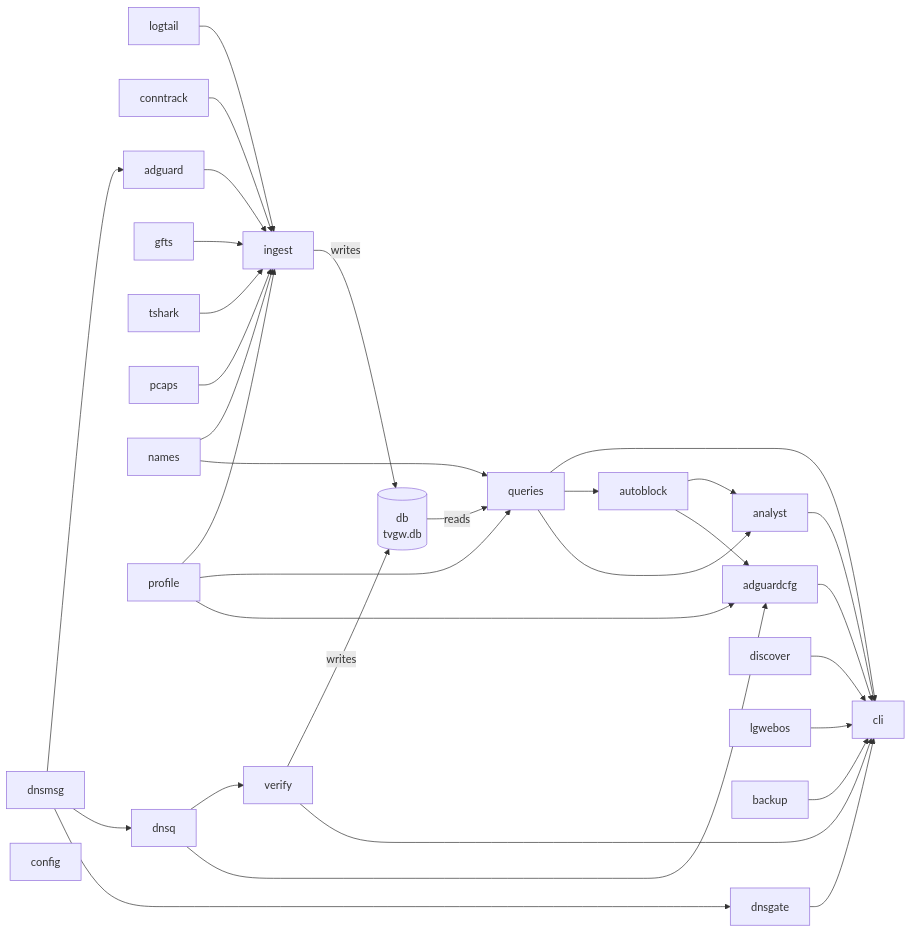
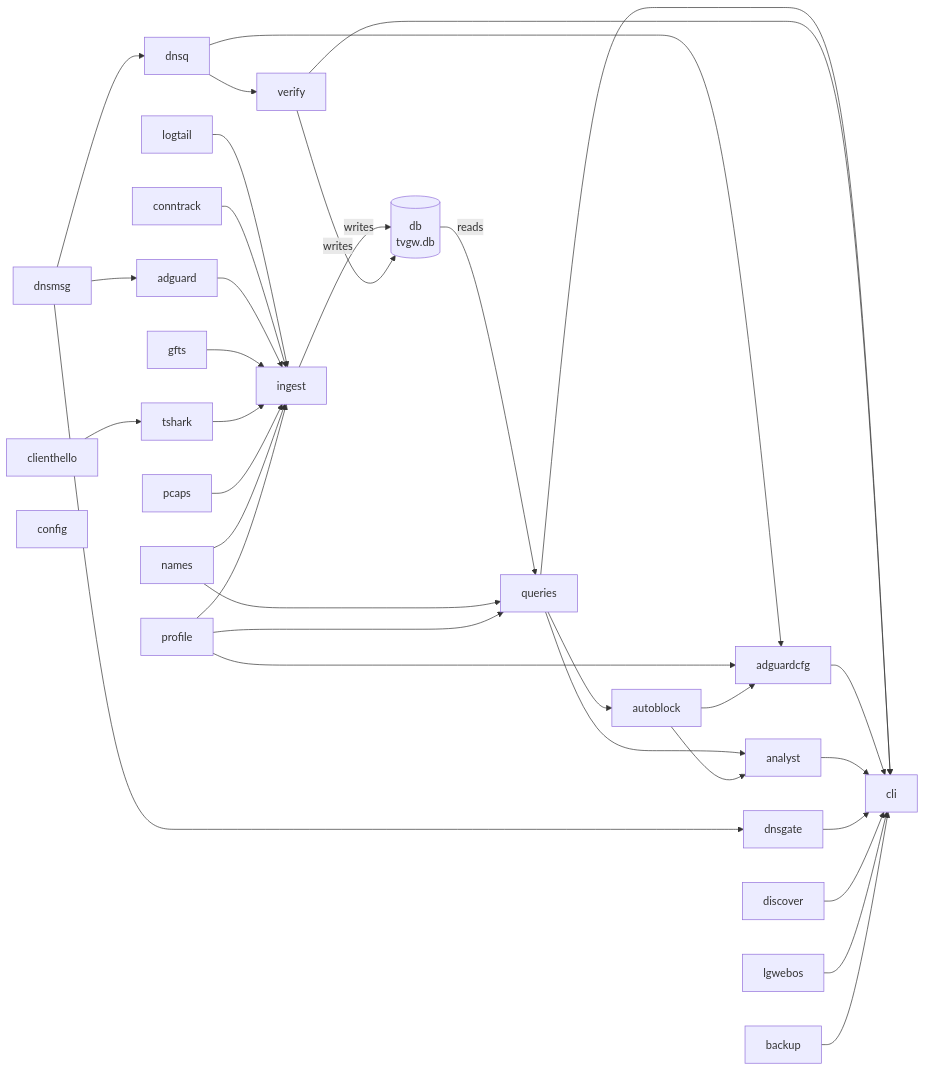
One commit to kywwilson11/tvgw changed the diagram in src/tvgw/README.md. Above: the diagram before and after it, drawn with Mermaid. The commit also changed other lines of this file and 17 other files, not shown here.

````diff
--- a/src/tvgw/README.md
+++ b/src/tvgw/README.md
@@ -41,35 +42,36 @@
 ```mermaid
 flowchart LR
     logtail[logtail] --> ingest[ingest]
     conntrack[conntrack] --> ingest
     dnsmsg[dnsmsg] --> adguard[adguard]
     adguard --> ingest
     gfts[gfts] --> ingest
-    tshark[tshark] --> ingest
+    clienthello[clienthello] --> tshark[tshark]
+    tshark --> ingest
     pcaps[pcaps] --> ingest
     names[names] --> ingest
     profile[profile] --> ingest
     ingest -->|writes| store[("db<br/>tvgw.db")]
     verify[verify] -->|writes| store
     store -->|reads| queries[queries]
     names --> queries
     profile --> queries
     queries --> cli[cli]
     queries --> autoblock[autoblock]
     queries --> analyst[analyst]
     autoblock --> analyst
     dnsmsg --> dnsq[dnsq]
     dnsq --> verify
     dnsq --> adguardcfg[adguardcfg]
     profile --> adguardcfg
     autoblock --> adguardcfg
     dnsmsg --> dnsgate[dnsgate]
     verify --> cli
     adguardcfg --> cli
     analyst --> cli
     dnsgate --> cli
     discover[discover] --> cli
     lgwebos[lgwebos] --> cli
     backup[backup] --> cli
     settings[config]
 ```
````
